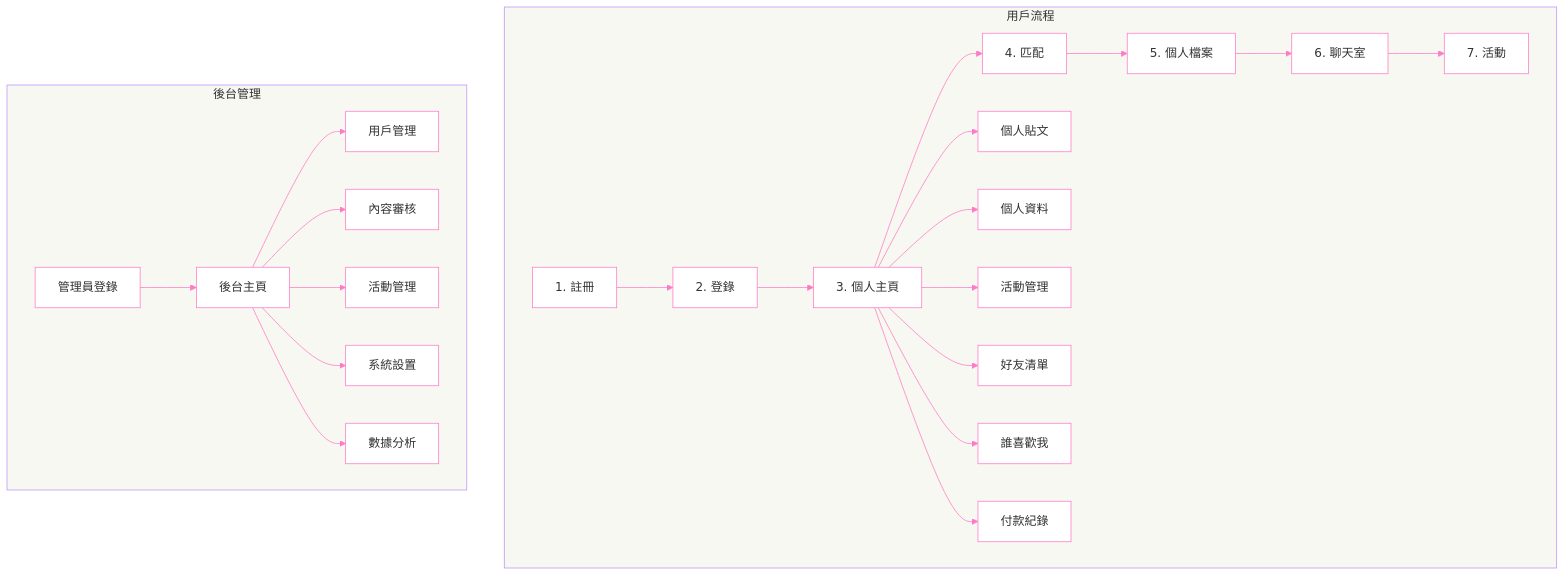
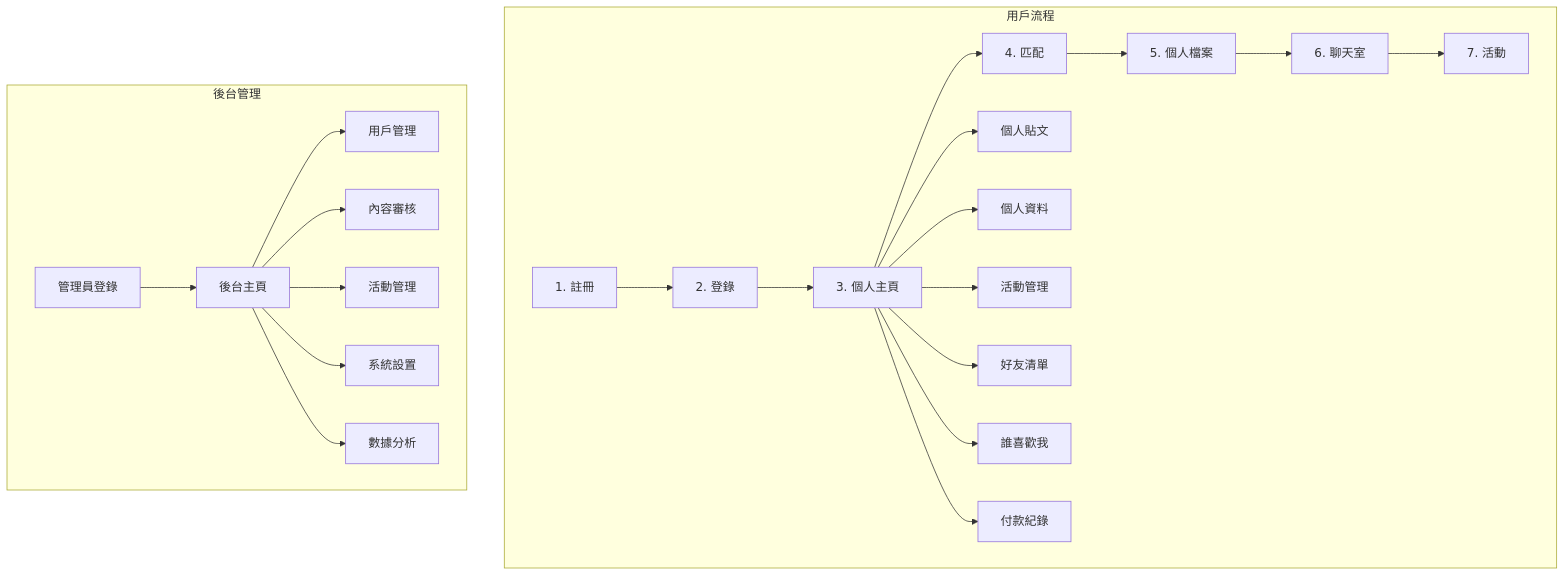
The diagram in HaveFunTest/dating-app-flow.mermaid (Turner-Chang/HaveFun), drawn with Mermaid before and after one commit.

```diff
--- a/HaveFunTest/dating-app-flow.mermaid
+++ b/HaveFunTest/dating-app-flow.mermaid
@@ -1,27 +1,27 @@
-%%{init: {'theme': 'default', 'themeVariables': { 'primaryColor': '#ff79c6', 'secondaryColor': '#bd93f9', 'tertiaryColor': '#f8f8f2', 'mainBkg': '#ffffff', 'nodeBorder': '#ff79c6', 'clusterBkg': '#f8f8f2', 'clusterBorder': '#bd93f9', 'lineColor': '#ff79c6', 'fontFamily': 'arial', 'fontSize': '16px' }}}%%
+
 
 graph TD
     subgraph 用戶流程
         A[1. 註冊] --> B[2. 登錄]
         B --> C[3. 個人主頁]
         C --> D[4. 匹配]
         D --> E[5. 個人檔案]
         E --> F[6. 聊天室]
         F --> G[7. 活動]
         
         C --> H[個人貼文]
         C --> I[個人資料]
         C --> J[活動管理]
         C --> K[好友清單]
         C --> L[誰喜歡我]
         C --> M[付款紀錄]
     end
     
     subgraph 後台管理
         N[管理員登錄] --> O[後台主頁]
         O --> P[用戶管理]
         O --> Q[內容審核]
         O --> R[活動管理]
         O --> S[系統設置]
         O --> T[數據分析]
     end
```
